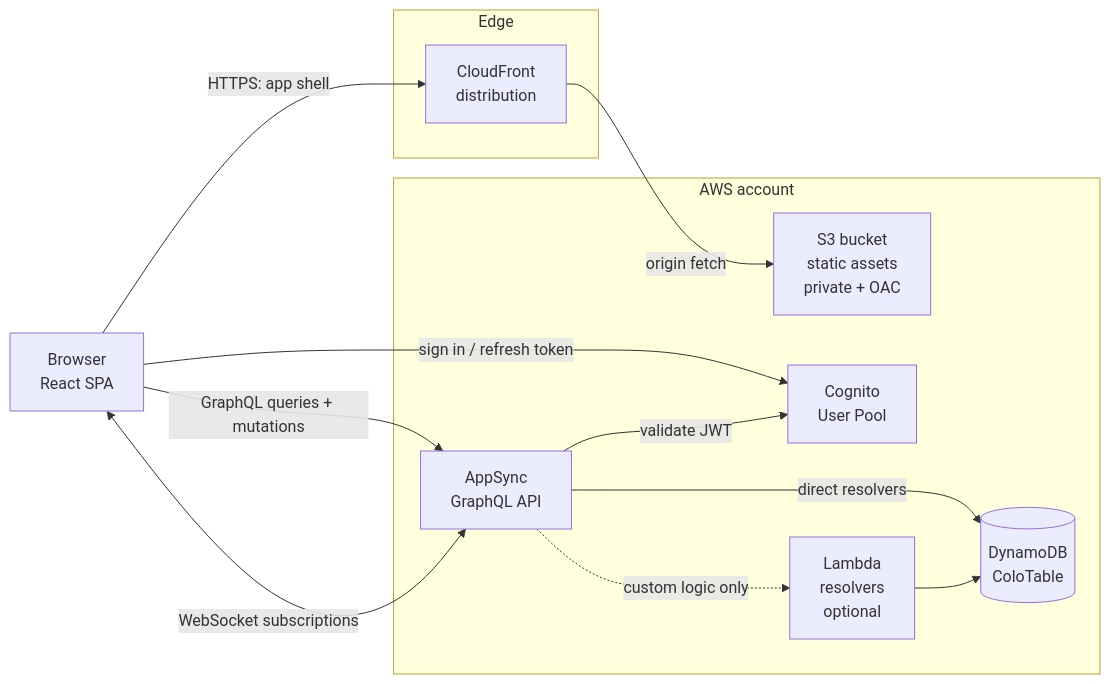
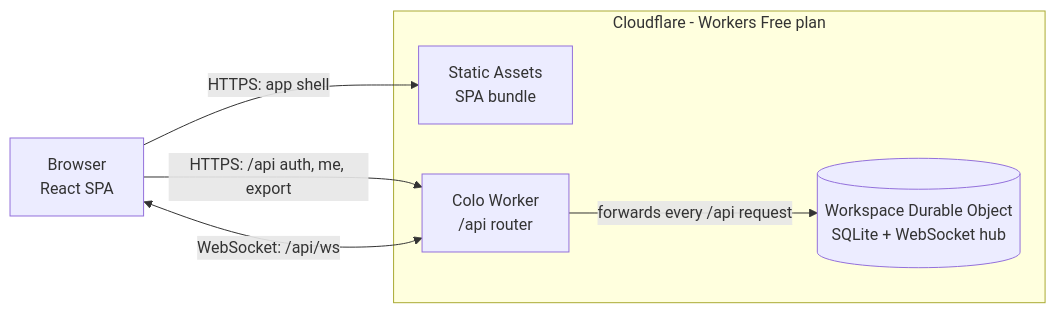
The diagram in docs/colo-plan.md (manan-vala/colo), drawn with Mermaid before and after one commit. The commit also changed other lines of this file and 4 other files, not shown here.

First line of the commit message:
docs: move Colo architecture to Cloudflare (Draft v3)

````diff
--- a/docs/colo-plan.md
+++ b/docs/colo-plan.md
@@ -48,26 +62,15 @@
 ```mermaid
 flowchart LR
     U["Browser<br/>React SPA"]
 
-    subgraph edge["Edge"]
-        CF["CloudFront<br/>distribution"]
+    subgraph cf["Cloudflare - Workers Free plan"]
+        SA["Static Assets<br/>SPA bundle"]
+        W["Colo Worker<br/>/api router"]
+        DO[("Workspace Durable Object<br/>SQLite + WebSocket hub")]
     end
 
-    subgraph aws["AWS account"]
-        S3["S3 bucket<br/>static assets<br/>private + OAC"]
-        COG["Cognito<br/>User Pool"]
-        APP["AppSync<br/>GraphQL API"]
-        DDB[("DynamoDB<br/>ColoTable")]
-        LAM["Lambda<br/>resolvers<br/>optional"]
-    end
-
-    U -->|"HTTPS: app shell"| CF
-    CF -->|"origin fetch"| S3
-    U -->|"sign in / refresh token"| COG
-    U -->|"GraphQL queries + mutations"| APP
-    U <-->|"WebSocket subscriptions"| APP
-    APP -->|"validate JWT"| COG
-    APP -->|"direct resolvers"| DDB
-    APP -.->|"custom logic only"| LAM
-    LAM --> DDB
+    U -->|"HTTPS: app shell"| SA
+    U -->|"HTTPS: /api auth, me, export"| W
+    U <-->|"WebSocket: /api/ws"| W
+    W -->|"forwards every /api request"| DO
 ```
````
